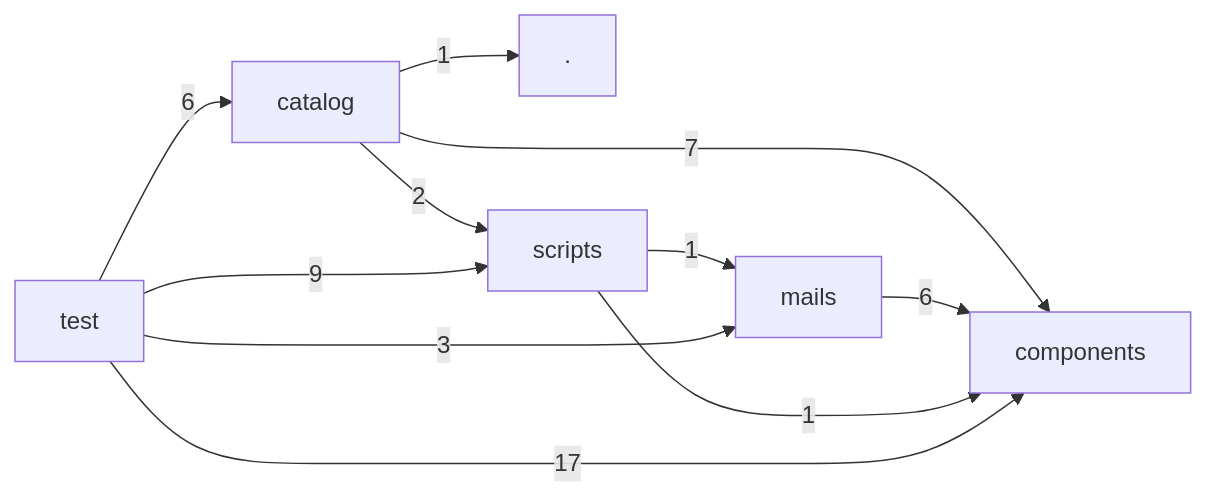
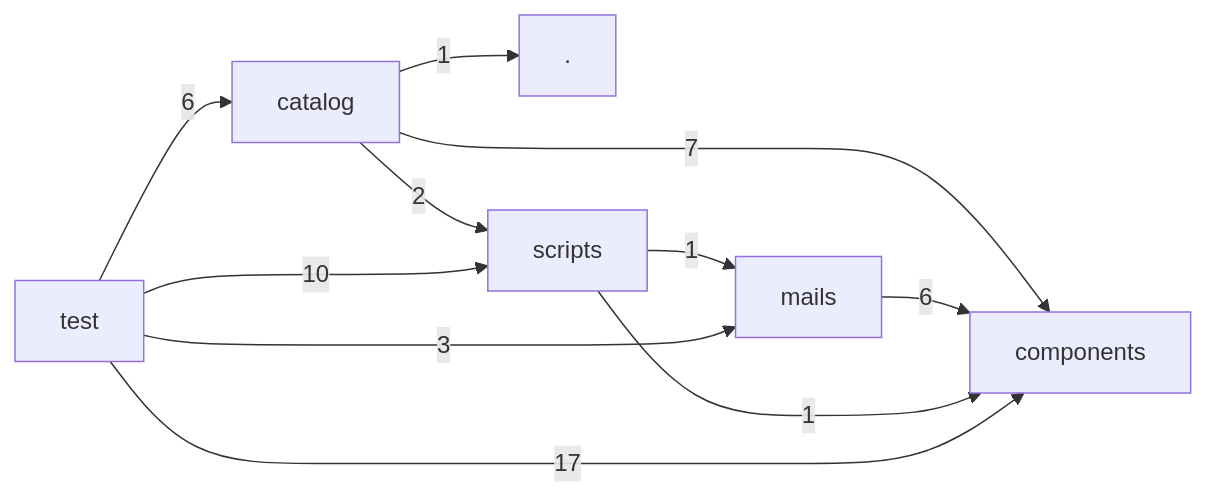
The diagram in docs/architecture/layers.md (hackersandwizards/mail), drawn with Mermaid before and after one commit. The commit also changed 4 other files, not shown here.

````diff
--- a/docs/architecture/layers.md
+++ b/docs/architecture/layers.md
@@ -3,19 +3,19 @@
 ```mermaid
 graph LR
   L0["."]
   L1["catalog"]
   L2["components"]
   L3["mails"]
   L4["scripts"]
   L5["test"]
   L1 -->|1| L0
   L1 -->|7| L2
   L1 -->|2| L4
   L3 -->|6| L2
   L4 -->|1| L2
   L4 -->|1| L3
   L5 -->|6| L1
   L5 -->|17| L2
   L5 -->|3| L3
-  L5 -->|9| L4
+  L5 -->|10| L4
 ```
````
